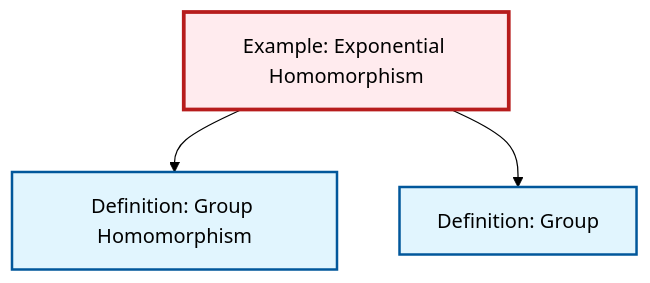
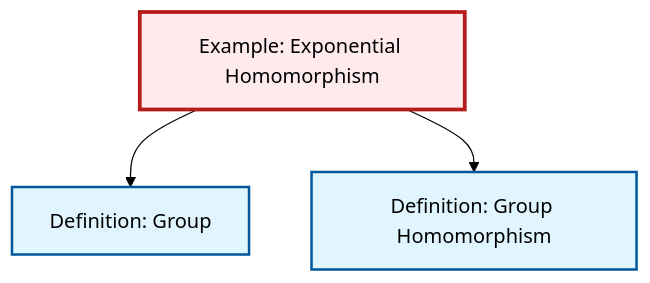
One commit to RK0429/ModernMath changed the diagram in output/mermaid/ex-exponential-homomorphism.mermaid. Above: the diagram before and after it, drawn with Mermaid (forest theme). The commit also changed other lines of this file and 1420 other files, not shown here.

```diff
--- a/output/mermaid/ex-exponential-homomorphism.mermaid
+++ b/output/mermaid/ex-exponential-homomorphism.mermaid
@@ -1,13 +1,13 @@
 %%| fig-cap: "Local dependency graph"
 graph TD
     classDef definition fill:#e1f5fe,stroke:#01579b,stroke-width:2px
     classDef theorem fill:#f3e5f5,stroke:#4a148c,stroke-width:2px
     classDef axiom fill:#fff3e0,stroke:#e65100,stroke-width:2px
     classDef example fill:#e8f5e9,stroke:#1b5e20,stroke-width:2px
     classDef current fill:#ffebee,stroke:#b71c1c,stroke-width:3px
+    ex-exponential-homomorphism["Example: Exponential Homomorphism"]:::example
     def-homomorphism["Definition: Group Homomorphism"]:::definition
-    ex-exponential-homomorphism["Example: Exponential Homomorphism"]:::example
     def-group["Definition: Group"]:::definition
+    ex-exponential-homomorphism --> def-group
     ex-exponential-homomorphism --> def-homomorphism
-    ex-exponential-homomorphism --> def-group
     class ex-exponential-homomorphism current
```
